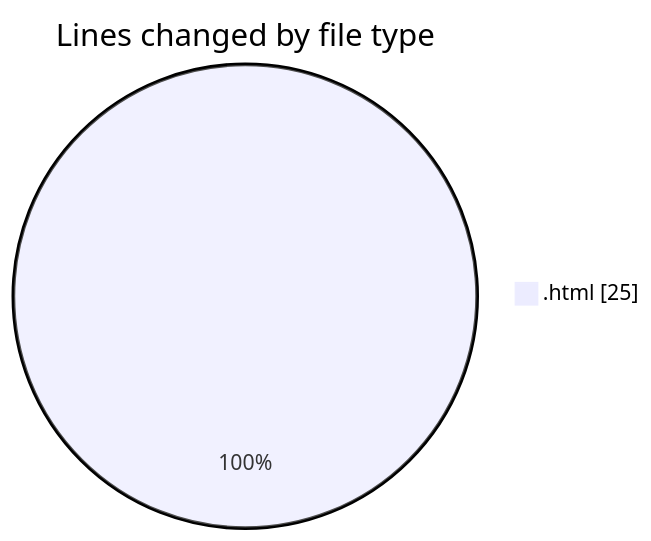
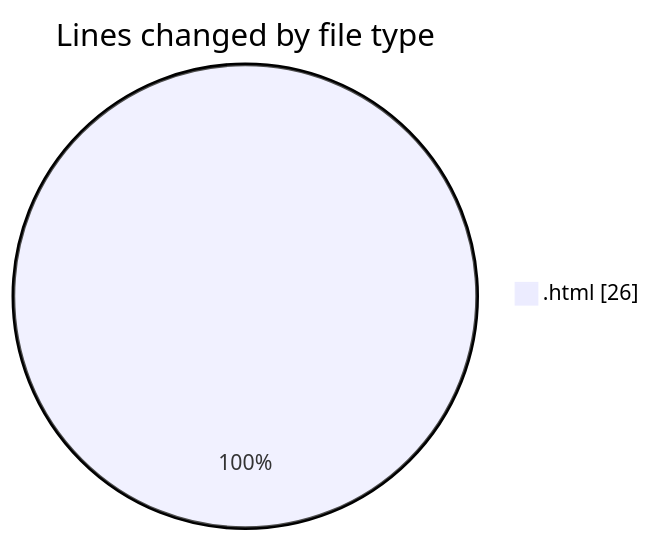
Before and after one commit to LanceThiago/code-tracking: the first of 2 diagrams in 2025-01-09/nueva_carpeta/README.md, drawn with Mermaid. The commit also changed other lines of this file and 1 other file, not shown here.

````diff
--- a/2025-01-09/nueva_carpeta/README.md
+++ b/2025-01-09/nueva_carpeta/README.md
@@ -20,5 +20,5 @@
 ```mermaid
 pie showData
 title Lines changed by file type
-".html" : 25
+".html" : 26
 ```
````
